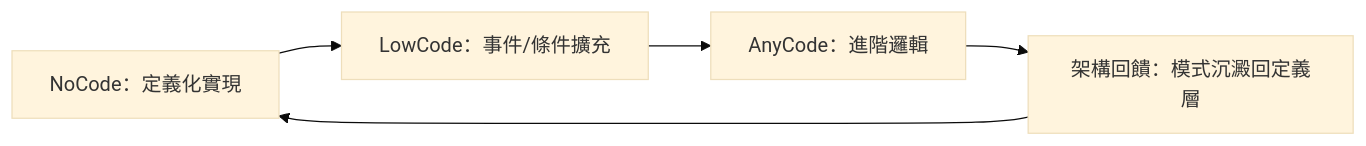
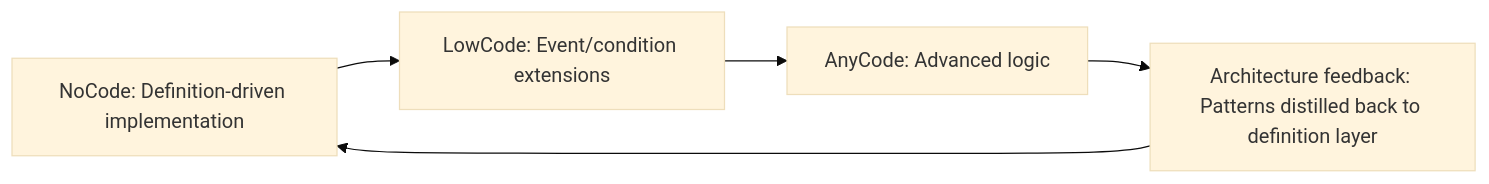
Before and after one commit to jeff377/bee-library: the second of 2 diagrams in docs/architecture-overview.md, drawn with Mermaid (base theme). The commit also changed other lines of this file and 1 other file, not shown here.

First line of the commit message:
docs: add English architecture overview, rename Chinese to zh-TW

````diff
--- a/docs/architecture-overview.md
+++ b/docs/architecture-overview.md
@@ -324,8 +326,8 @@
 ```mermaid
 flowchart LR
-    A[NoCode：定義化實現]
-    --> B[LowCode：事件/條件擴充]
-    --> C[AnyCode：進階邏輯]
-    --> D[架構回饋：模式沉澱回定義層]
+    A[NoCode: Definition-driven implementation]
+    --> B[LowCode: Event/condition extensions]
+    --> C[AnyCode: Advanced logic]
+    --> D[Architecture feedback: Patterns distilled back to definition layer]
     --> A
 ```
````
